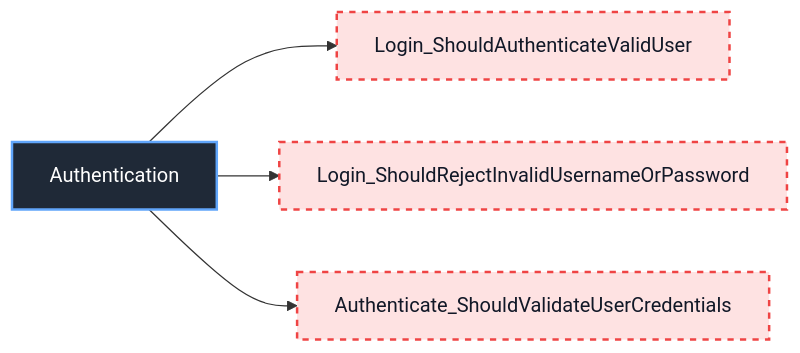
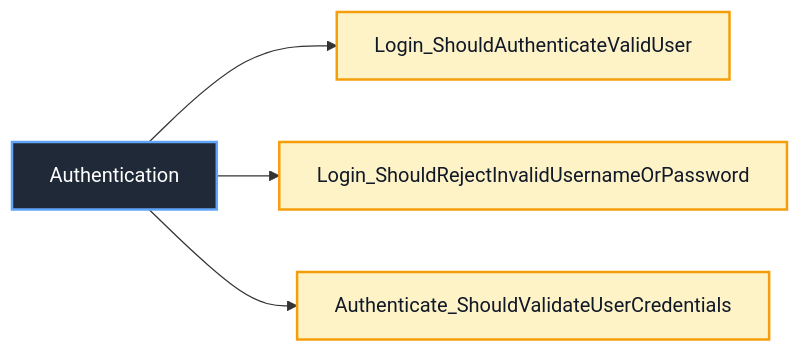
Before and after one commit to Hagiakhanh/bbv-dbms: diagram 50 of 53 in docs/sequence-diagrams/README.md, drawn with Mermaid. The commit also changed other lines of this file and 30 other files, not shown here.

````diff
--- a/docs/sequence-diagrams/README.md
+++ b/docs/sequence-diagrams/README.md
@@ -1818,15 +1819,15 @@
 ```mermaid
 flowchart LR
     ClassNode["Authentication"]
 
     ClassNode --> Authentication_1["Login_ShouldAuthenticateValidUser"]
     ClassNode --> Authentication_2["Login_ShouldRejectInvalidUsernameOrPassword"]
     ClassNode --> Authentication_3["Authenticate_ShouldValidateUserCredentials"]
 
     classDef classNode fill:#1f2937,stroke:#60a5fa,color:#ffffff,stroke-width:2px
     classDef completedTest fill:#dcfce7,stroke:#22c55e,color:#111827,stroke-width:2px
-    classDef missingTest fill:#fee2e2,stroke:#ef4444,color:#111827,stroke-width:2px,stroke-dasharray:5 5
+    classDef redPhaseTest fill:#fef3c7,stroke:#f59e0b,color:#111827,stroke-width:2px
 
     class ClassNode classNode
-    class Authentication_1,Authentication_2,Authentication_3 missingTest
+    class Authentication_1,Authentication_2,Authentication_3 redPhaseTest
 ```
````
